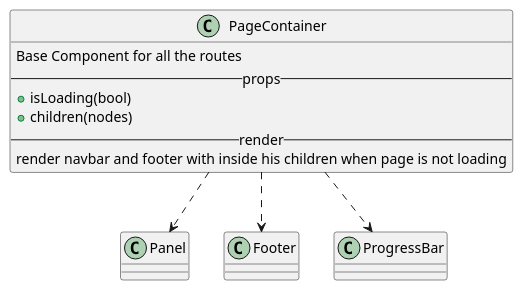
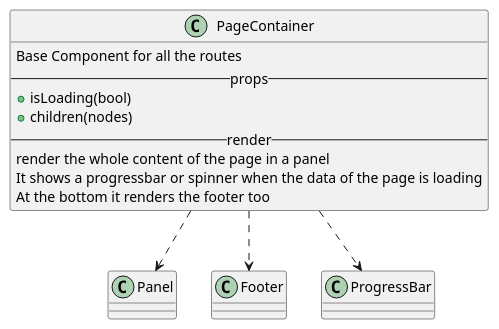
One commit to M9k/Marvin-Uml changed the diagram in react/custom/pageContainer.iuml. Above: the diagram before and after it, drawn with PlantUML.

Commit message:
fix render pageContainer

```diff
--- a/react/custom/pageContainer.iuml
+++ b/react/custom/pageContainer.iuml
@@ -1,11 +1,13 @@
 class PageContainer{
     Base Component for all the routes
     --props--
         + isLoading(bool)
         + children(nodes)
     --render--
-        render navbar and footer with inside his children when page is not loading
+        render the whole content of the page in a panel
+         It shows a progressbar or spinner when the data of the page is loading
+         At the bottom it renders the footer too
 }
 PageContainer ..> Panel
 PageContainer ..> Footer
 PageContainer ..> ProgressBar
```
